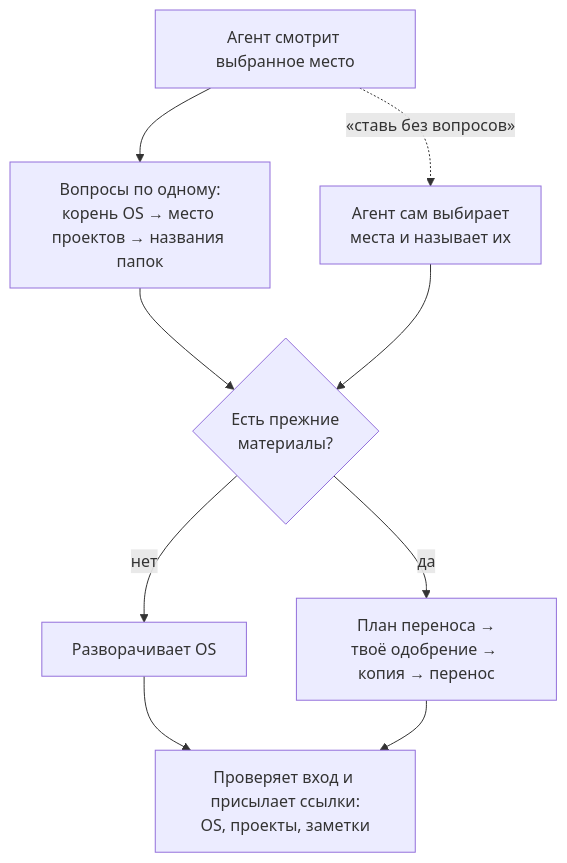
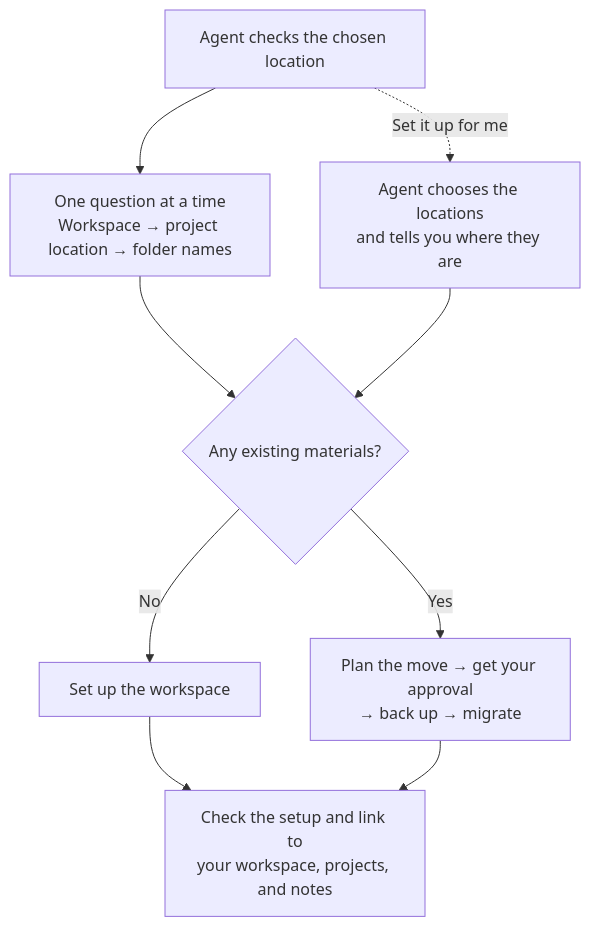
One commit to ai-babai/personal-os-starter changed the diagram in README.md. Above: the diagram before and after it, drawn with Mermaid. The commit also changed other lines of this file and 3 other files, not shown here.

````diff
--- a/README.md
+++ b/README.md
@@ -102,11 +117,11 @@
 ```mermaid
 flowchart TD
-    look["Агент смотрит выбранное место"] --> wizard["Вопросы по одному:<br/>корень OS → место проектов → названия папок"]
-    look -.->|"«ставь без вопросов»"| auto["Агент сам выбирает<br/>места и называет их"]
-    wizard --> old{"Есть прежние<br/>материалы?"}
+    look["Agent checks the chosen location"] --> wizard["One question at a time<br/>Workspace → project location → folder names"]
+    look -.->|"Set it up for me"| auto["Agent chooses the locations<br/>and tells you where they are"]
+    wizard --> old{"Any existing materials?"}
     auto --> old
-    old -->|"нет"| install["Разворачивает OS"]
-    old -->|"да"| plan["План переноса →<br/>твоё одобрение → копия → перенос"]
-    install --> done["Проверяет вход и присылает ссылки:<br/>OS, проекты, заметки"]
+    old -->|"No"| install["Set up the workspace"]
+    old -->|"Yes"| plan["Plan the move → get your approval<br/>→ back up → migrate"]
+    install --> done["Check the setup and link to<br/>your workspace, projects, and notes"]
     plan --> done
 ```
````
